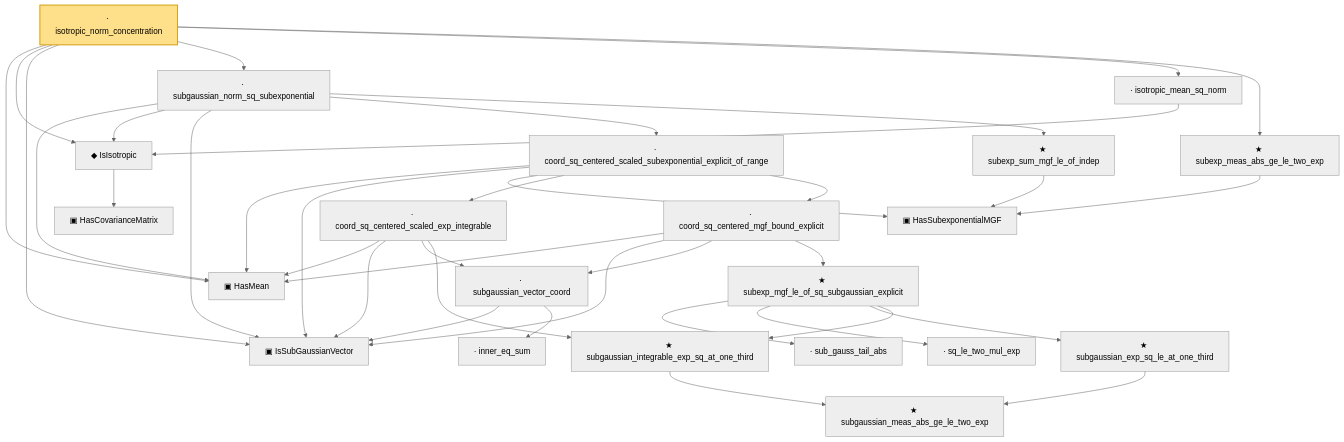
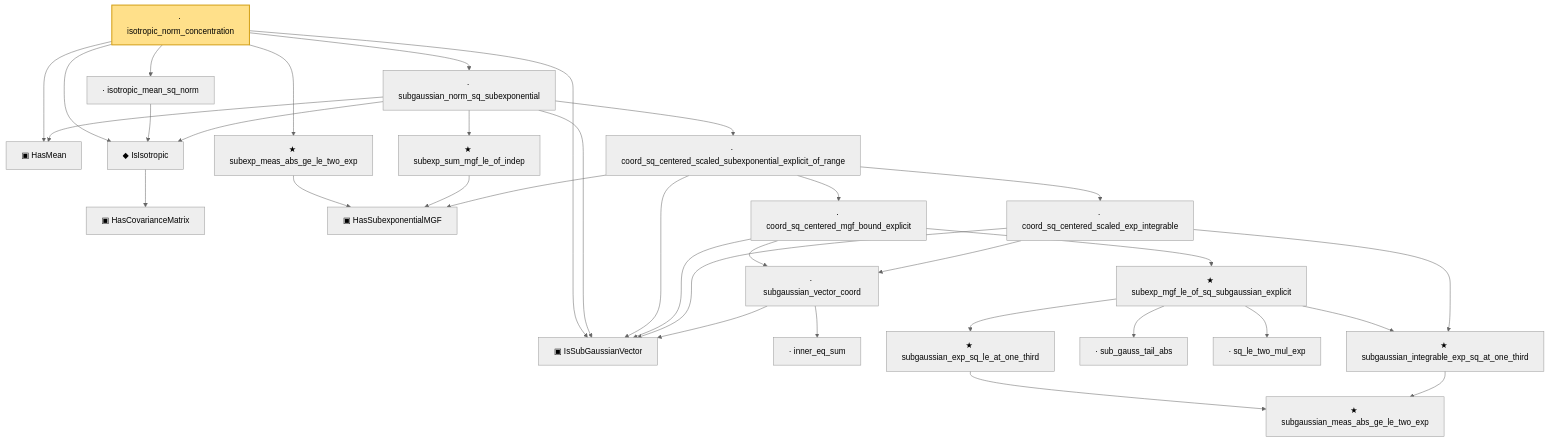
One commit to statopia/statlib-site changed the diagram in public/narratives/HighDim/isotropic_norm_concentration.md. Above: the diagram before and after it, drawn with Mermaid (neutral theme). The commit also changed other lines of this file and 85 other files, not shown here.

````diff
--- a/public/narratives/HighDim/isotropic_norm_concentration.md
+++ b/public/narratives/HighDim/isotropic_norm_concentration.md
@@ -32,63 +32,60 @@
 ```mermaid
 flowchart TD
   n0["▣ HasMean"]
   n1["▣ HasCovarianceMatrix"]
   n2["◆ IsIsotropic"]
   n3["▣ IsSubGaussianVector"]
   n4["▣ HasSubexponentialMGF"]
   n5["· inner_eq_sum"]
   n6["· subgaussian_vector_coord"]
   n7["★ subgaussian_meas_abs_ge_le_two_exp"]
   n8["★ subgaussian_integrable_exp_sq_at_one_third"]
   n9["· coord_sq_centered_scaled_exp_integrable"]
   n10["· sub_gauss_tail_abs"]
   n11["· sq_le_two_mul_exp"]
   n12["★ subgaussian_exp_sq_le_at_one_third"]
   n13["★ subexp_mgf_le_of_sq_subgaussian_explicit"]
   n14["· coord_sq_centered_mgf_bound_explicit"]
   n15["· coord_sq_centered_scaled_subexponential_explicit_of_range"]
   n16["★ subexp_sum_mgf_le_of_indep"]
   n17["· subgaussian_norm_sq_subexponential"]
   n18["· isotropic_mean_sq_norm"]
   n19["★ subexp_meas_abs_ge_le_two_exp"]
   n20["· isotropic_norm_concentration"]
   n2 --> n1
   n6 --> n3
   n6 --> n5
   n8 --> n7
-  n9 --> n0
   n9 --> n3
   n9 --> n6
   n9 --> n8
   n12 --> n7
   n13 --> n10
   n13 --> n11
   n13 --> n12
   n13 --> n8
-  n14 --> n0
   n14 --> n3
   n14 --> n6
   n14 --> n13
-  n15 --> n0
   n15 --> n3
   n15 --> n4
   n15 --> n9
   n15 --> n14
   n16 --> n4
   n17 --> n0
   n17 --> n2
   n17 --> n3
   n17 --> n15
   n17 --> n16
   n18 --> n2
   n19 --> n4
   n20 --> n0
   n20 --> n2
   n20 --> n3
   n20 --> n17
   n20 --> n18
   n20 --> n19
   class n20 headline;
   classDef headline fill:#ffe08a,stroke:#d4a017,stroke-width:2px;
   classDef axiomNode fill:#ffd0d0,stroke:#c0392b,stroke-dasharray:4 2;
 ```
````
